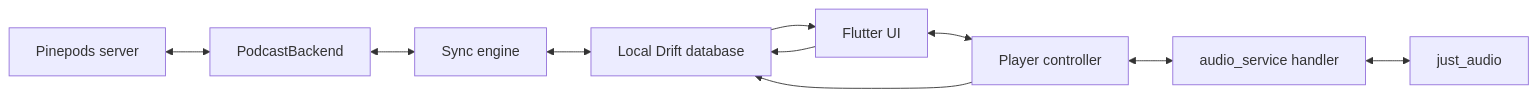
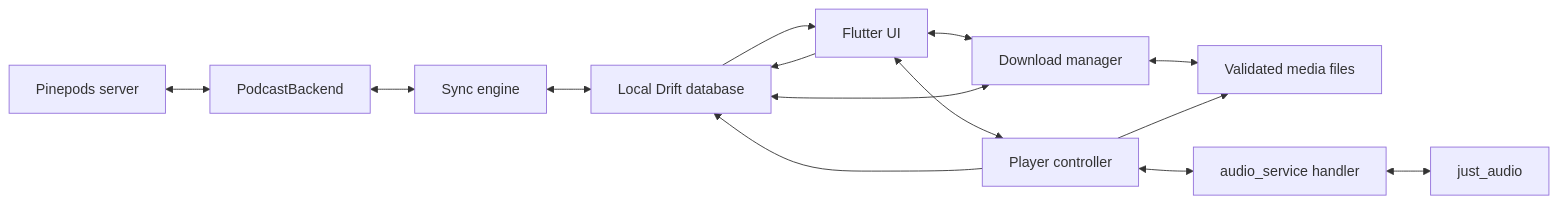
The diagram in docs/ARCHITECTURE.md (mfalicoff/podpine), drawn with Mermaid before and after one commit. The commit also changed other lines of this file and 25 other files, not shown here.

First line of the commit message:
Add download manager, storage, and DB schema

````diff
--- a/docs/ARCHITECTURE.md
+++ b/docs/ARCHITECTURE.md
@@ -5,12 +5,16 @@
 ```mermaid
 flowchart LR
     PP["Pinepods server"] <--> BE["PodcastBackend"]
     BE <--> SY["Sync engine"]
     SY <--> DB["Local Drift database"]
     DB --> UI["Flutter UI"]
     UI --> DB
     UI <--> PC["Player controller"]
+    UI <--> DM["Download manager"]
+    DM <--> DB
+    DM <--> FS["Validated media files"]
+    PC --> FS
     PC <--> AS["audio_service handler"]
     AS <--> PL["just_audio"]
     PC --> DB
 ```
````
